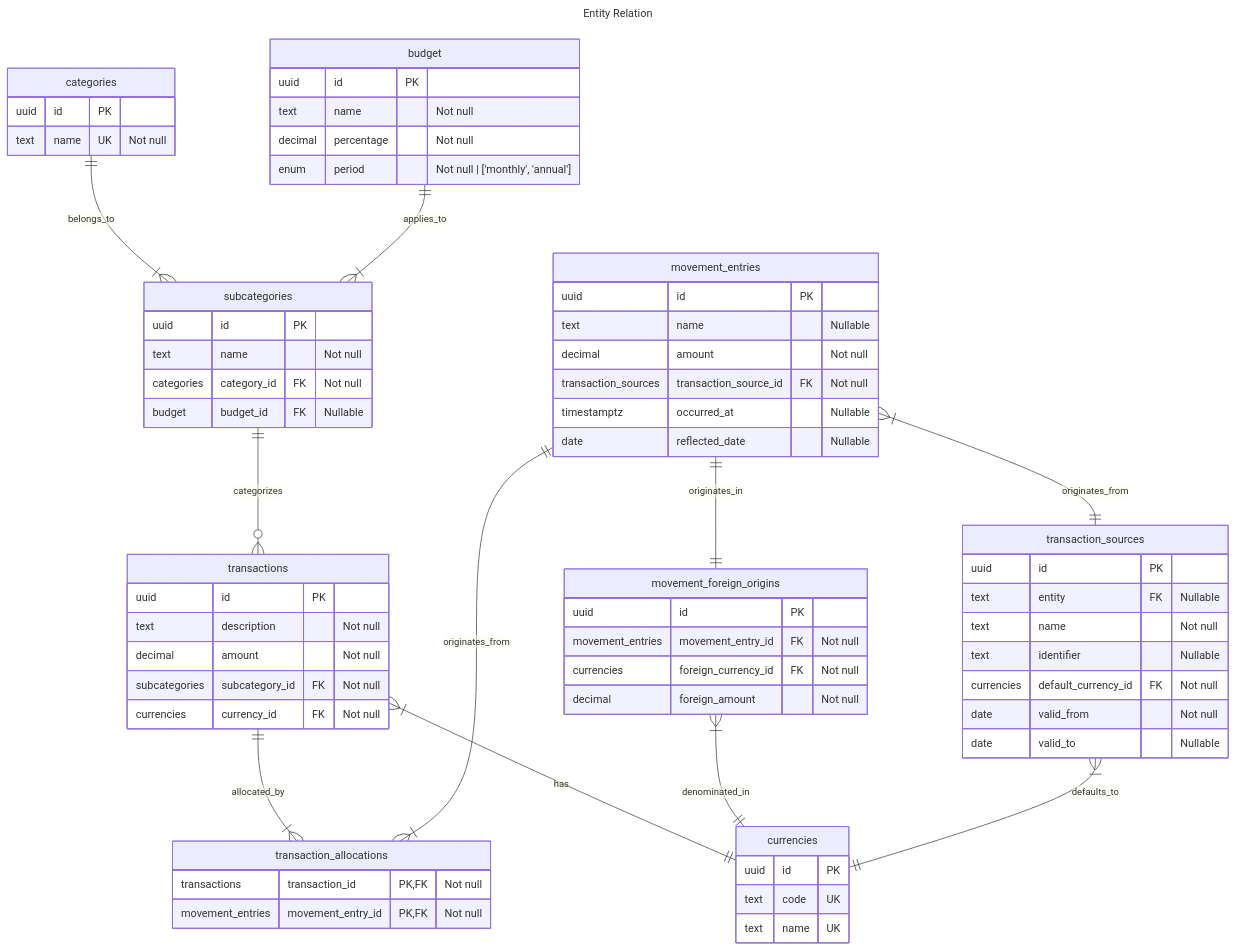
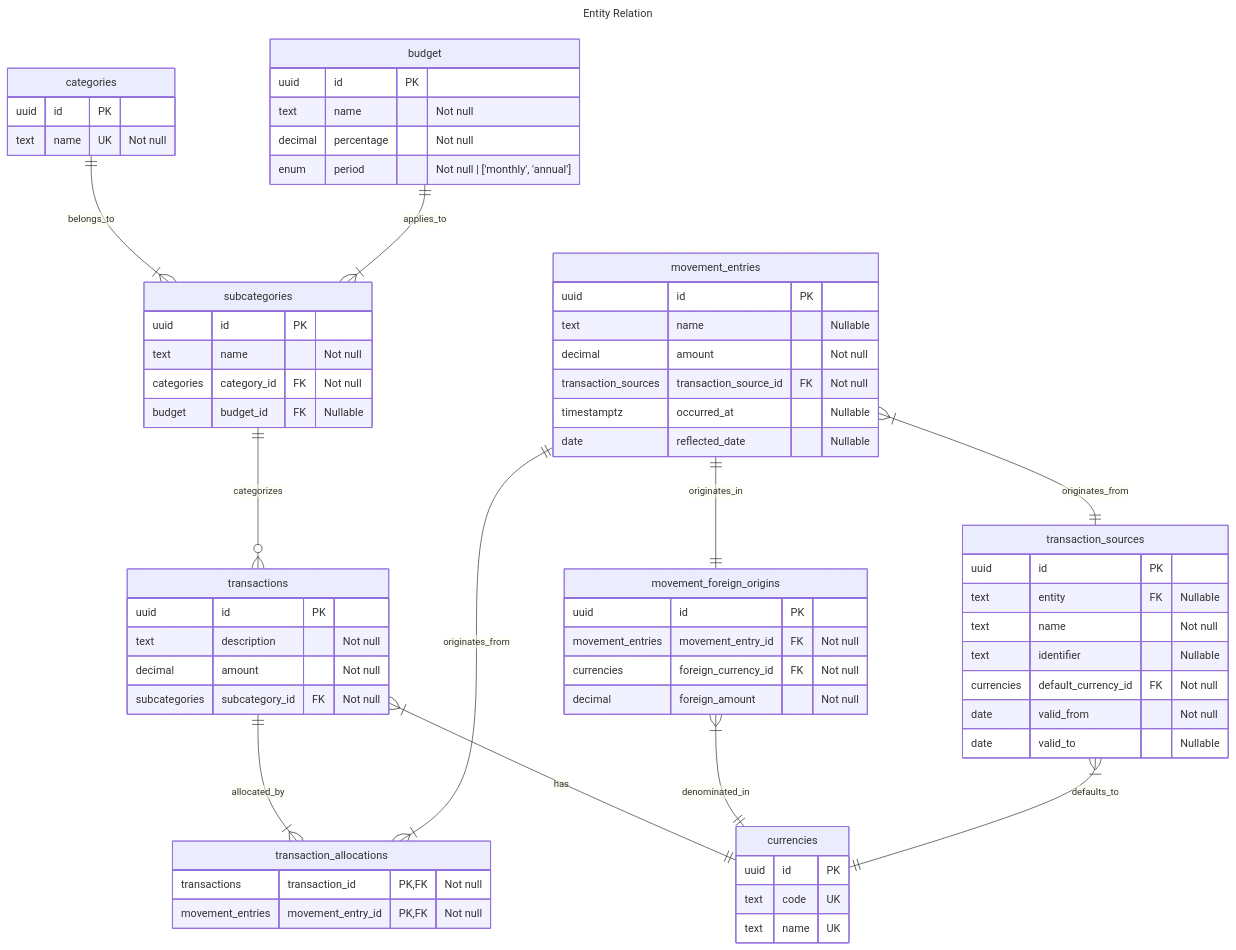
One commit to manuelrmenesesr/finales changed the diagram in docs/er.md. Above: the diagram before and after it, drawn with Mermaid.

Commit message:
docs(er.md): update ERD by removing currency_id FK from transactions

````diff
--- a/docs/er.md
+++ b/docs/er.md
@@ -1,72 +1,71 @@
 ```mermaid
 ---
 title: Entity Relation
 ---
 erDiagram
     categories ||--|{ subcategories : belongs_to
     subcategories ||--o{ transactions : categorizes
     budget ||--|{ subcategories : applies_to
     transactions ||--|{ transaction_allocations : allocated_by
     transactions }|--|| currencies : has
     movement_entries ||--|{ transaction_allocations : originates_from
     movement_entries ||--|| movement_foreign_origins : originates_in
     movement_foreign_origins }|--|| currencies : denominated_in
     movement_entries }|--|| transaction_sources : originates_from
     transaction_sources }|--|| currencies : defaults_to
 
     transactions {
         uuid id PK
         text description "Not null"
         decimal amount "Not null"
         subcategories subcategory_id FK "Not null"
-        currencies currency_id FK "Not null"
     }
     movement_entries {
         uuid id PK
         text name "Nullable"
         decimal amount "Not null"
         transaction_sources transaction_source_id FK "Not null"
         timestamptz occurred_at "Nullable"
         date reflected_date "Nullable"
     }
     movement_foreign_origins {
         uuid id PK
         movement_entries movement_entry_id FK "Not null"
         currencies foreign_currency_id FK "Not null"
         decimal foreign_amount "Not null"
     }
     transaction_allocations {
         transactions transaction_id PK, FK "Not null"
         movement_entries movement_entry_id PK, FK "Not null"
     }
     categories {
         uuid id PK
         text name UK "Not null"
     }
     subcategories {
         uuid id PK
         text name "Not null"
         categories category_id FK "Not null"
         budget budget_id FK "Nullable"
     }
     budget {
         uuid id PK
         text name "Not null"
         decimal percentage "Not null"
         enum period "Not null | ['monthly', 'annual']"
     }
     currencies {
         uuid id PK
         text code UK
         text name UK
     }
     transaction_sources {
         uuid id PK
         text entity FK "Nullable"
         text name "Not null"
         text identifier "Nullable"
         currencies default_currency_id FK "Not null"
         date valid_from "Not null"
         date valid_to "Nullable"
     }
 ```
````
